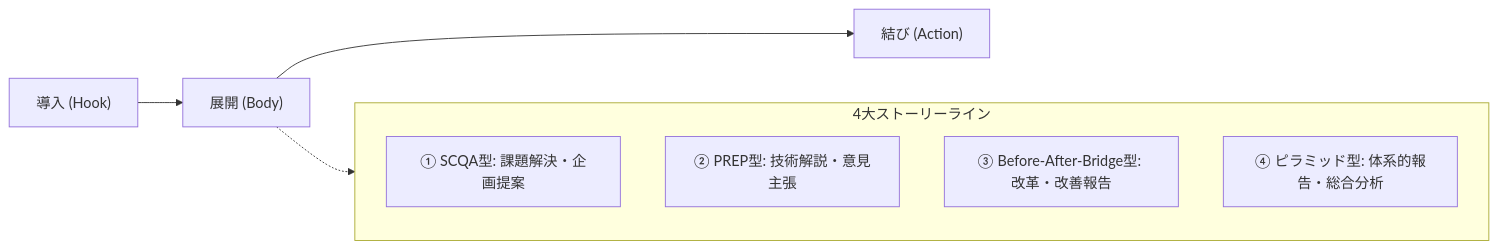
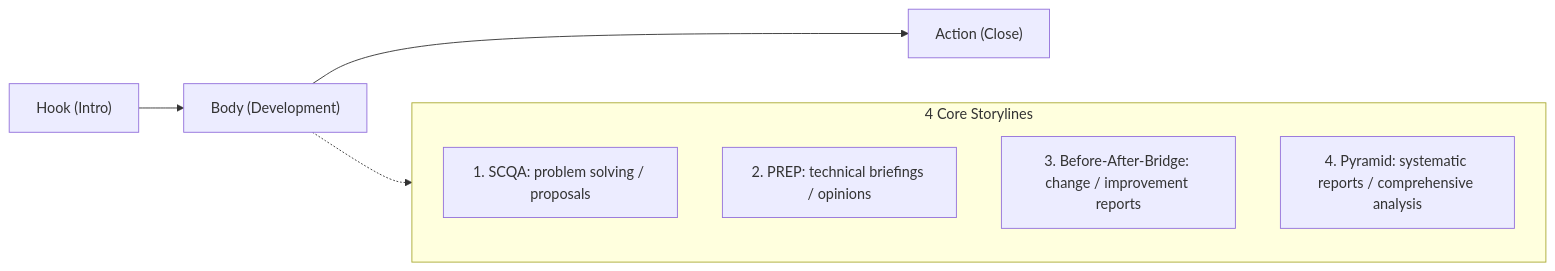
One commit to FunUd/ai-centric-marp-themes changed the diagram in skills/slide-content-designer/references/quality-guidelines.md. Above: the diagram before and after it, drawn with Mermaid. The commit also changed other lines of this file and 4 other files, not shown here.

````diff
--- a/skills/slide-content-designer/references/quality-guidelines.md
+++ b/skills/slide-content-designer/references/quality-guidelines.md
@@ -54,12 +57,12 @@
 ```mermaid
 flowchart LR
-    A["導入 (Hook)"] --> B["展開 (Body)"] --> C["結び (Action)"]
-    subgraph Patterns["4大ストーリーライン"]
+    A["Hook (Intro)"] --> B["Body (Development)"] --> C["Action (Close)"]
+    subgraph Patterns["4 Core Storylines"]
         direction TB
-        P1["① SCQA型: 課題解決・企画提案"]
-        P2["② PREP型: 技術解説・意見主張"]
-        P3["③ Before-After-Bridge型: 改革・改善報告"]
-        P4["④ ピラミッド型: 体系的報告・総合分析"]
+        P1["1. SCQA: problem solving / proposals"]
+        P2["2. PREP: technical briefings / opinions"]
+        P3["3. Before-After-Bridge: change / improvement reports"]
+        P4["4. Pyramid: systematic reports / comprehensive analysis"]
     end
     B -.-> Patterns
 ```
````
